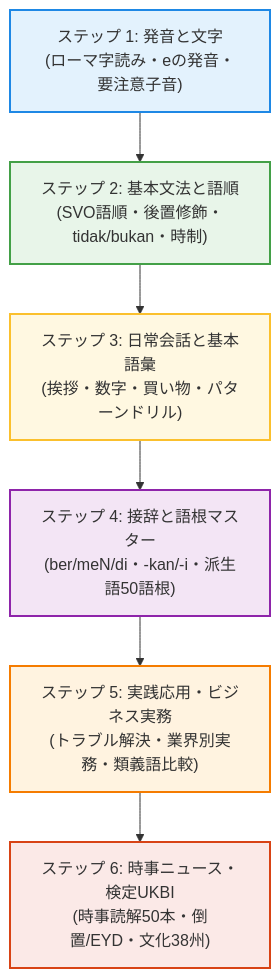
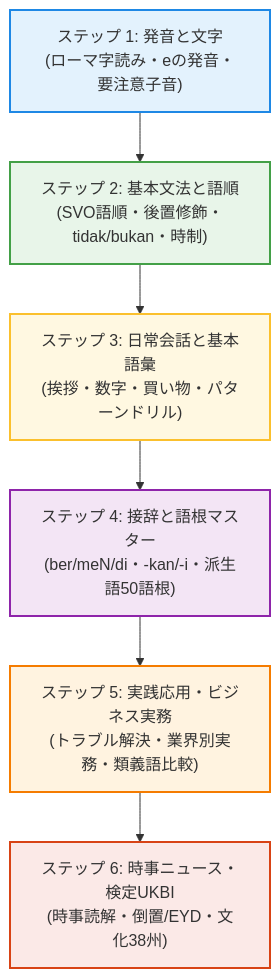
Before and after one commit to Makoto-SMD/bahasa_indonesia_web: the diagram in docs/index.md, drawn with Mermaid. The commit also changed other lines of this file and 308 other files, not shown here.

````diff
--- a/docs/index.md
+++ b/docs/index.md
@@ -182,15 +182,15 @@
 ```mermaid
 graph TD
     A["ステップ 1: 発音と文字<br/>(ローマ字読み・eの発音・要注意子音)"] --> B["ステップ 2: 基本文法と語順<br/>(SVO語順・後置修飾・tidak/bukan・時制)"]
     B --> C["ステップ 3: 日常会話と基本語彙<br/>(挨拶・数字・買い物・パターンドリル)"]
     C --> D["ステップ 4: 接辞と語根マスター<br/>(ber/meN/di・-kan/-i・派生語50語根)"]
     D --> E["ステップ 5: 実践応用・ビジネス実務<br/>(トラブル解決・業界別実務・類義語比較)"]
-    E --> F["ステップ 6: 時事ニュース・検定UKBI<br/>(時事読解50本・倒置/EYD・文化38州)"]
+    E --> F["ステップ 6: 時事ニュース・検定UKBI<br/>(時事読解・倒置/EYD・文化38州)"]
 
     style A fill:#e3f2fd,stroke:#1e88e5,stroke-width:2px
     style B fill:#e8f5e9,stroke:#43a047,stroke-width:2px
     style C fill:#fff8e1,stroke:#fbc02d,stroke-width:2px
     style D fill:#f3e5f5,stroke:#8e24aa,stroke-width:2px
     style E fill:#fff3e0,stroke:#f57c00,stroke-width:2px
     style F fill:#fbe9e7,stroke:#d84315,stroke-width:2px
 ```
````
